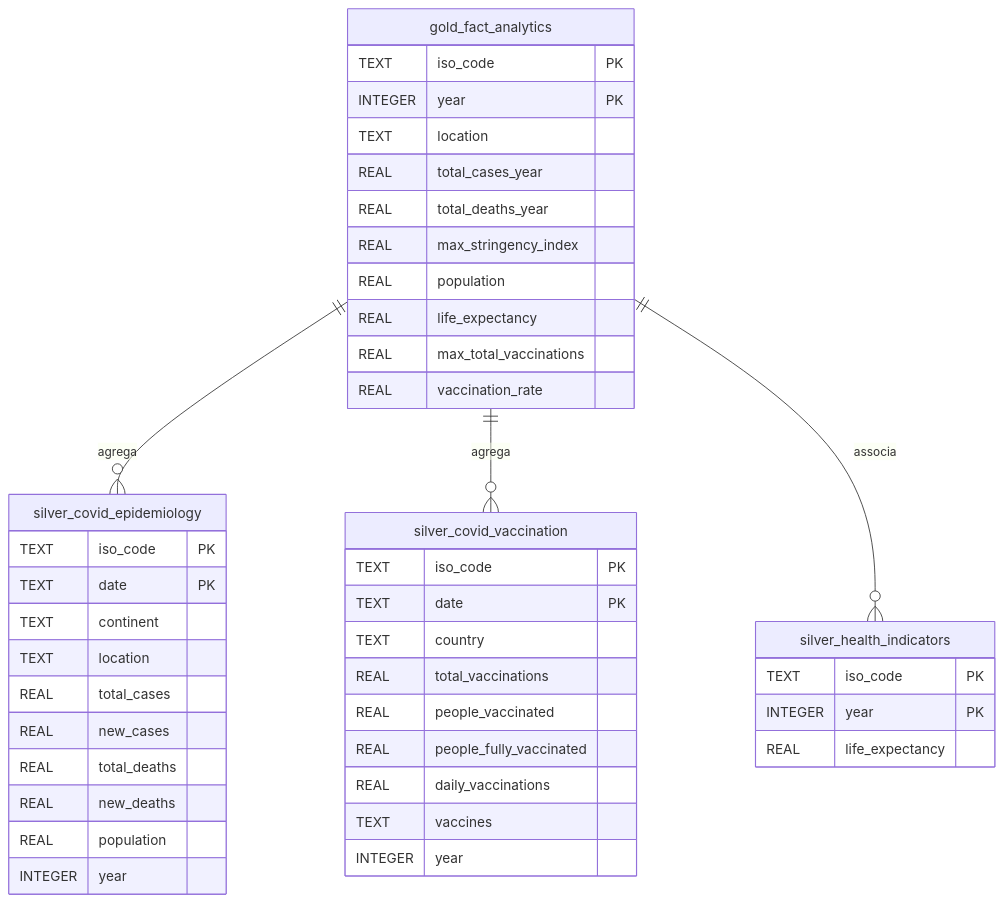
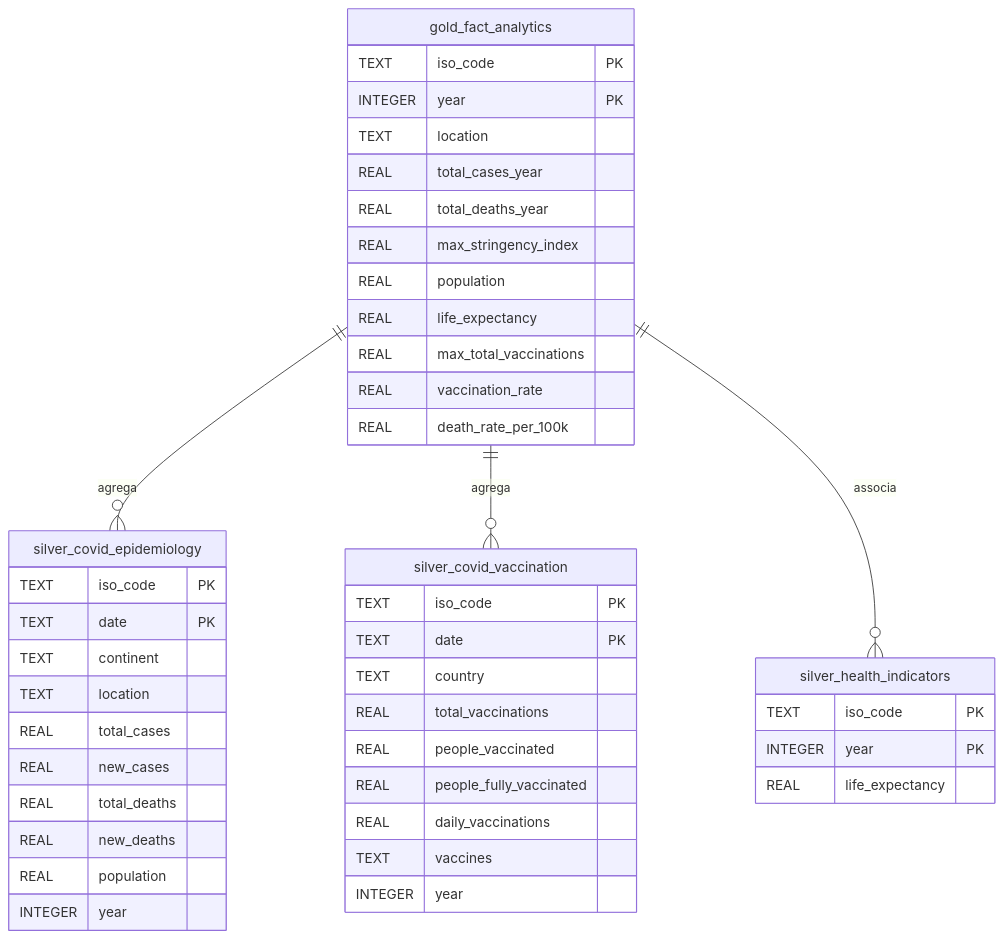
One commit to RickyFC-Git/projeto_etd changed the second of 2 diagrams in README.md. Above: the diagram before and after it, drawn with Mermaid. The commit also changed other lines of this file and 2 other files, not shown here.

````diff
--- a/README.md
+++ b/README.md
@@ -52,51 +78,52 @@
 ```mermaid
 erDiagram
 
     silver_covid_epidemiology {
         TEXT iso_code PK
         TEXT date PK
         TEXT continent
         TEXT location
         REAL total_cases
         REAL new_cases
         REAL total_deaths
         REAL new_deaths
         REAL population
         INTEGER year
     }
 
     silver_covid_vaccination {
         TEXT iso_code PK
         TEXT date PK
         TEXT country
         REAL total_vaccinations
         REAL people_vaccinated
         REAL people_fully_vaccinated
         REAL daily_vaccinations
         TEXT vaccines
         INTEGER year
     }
 
     silver_health_indicators {
         TEXT iso_code PK
         INTEGER year PK
         REAL life_expectancy
     }
 
     gold_fact_analytics {
         TEXT iso_code PK
         INTEGER year PK
         TEXT location
         REAL total_cases_year
         REAL total_deaths_year
         REAL max_stringency_index
         REAL population
         REAL life_expectancy
         REAL max_total_vaccinations
         REAL vaccination_rate
+        REAL death_rate_per_100k
     }
 
     gold_fact_analytics ||--o{ silver_covid_epidemiology : agrega
     gold_fact_analytics ||--o{ silver_covid_vaccination : agrega
     gold_fact_analytics ||--o{ silver_health_indicators : associa
 ```
````
